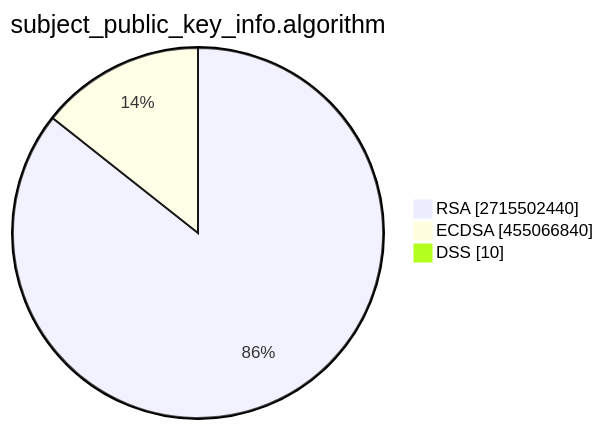
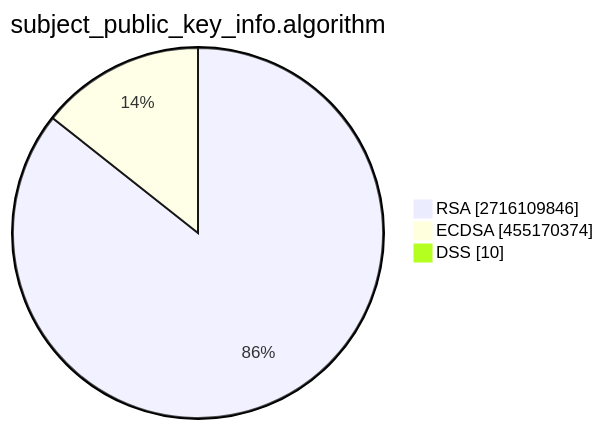
The second of 15 diagrams in TOTAL/README.md (christiankrug/ctmonitor_visualization), drawn with Mermaid before and after one commit. The commit also changed other lines of this file, not shown here.

````diff
--- a/TOTAL/README.md
+++ b/TOTAL/README.md
@@ -6,7 +6,7 @@
 ```mermaid
 pie showData
 title subject_public_key_info.algorithm
-"RSA" :2715502440
-"ECDSA" :455066840
+"RSA" :2716109846
+"ECDSA" :455170374
 "DSS" :10
 ```
````
